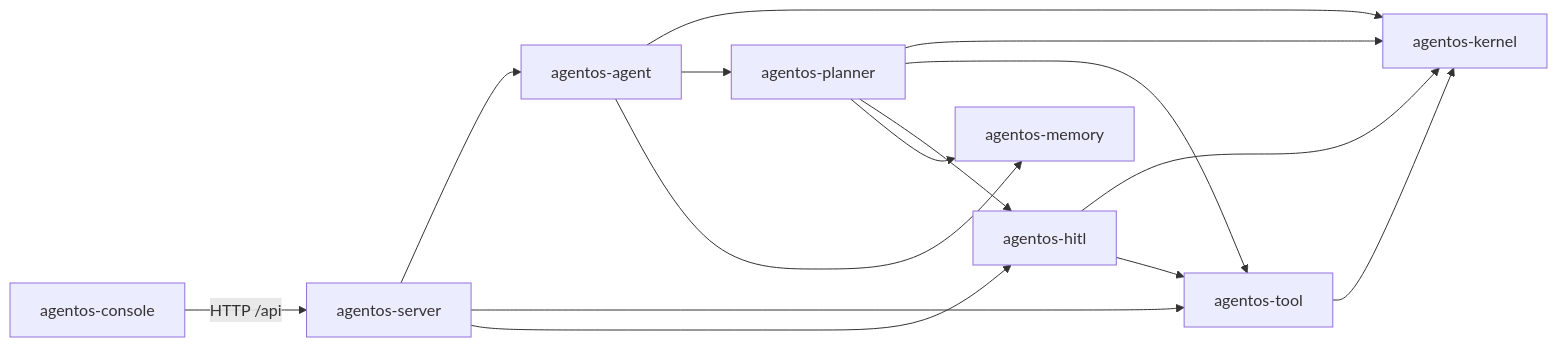
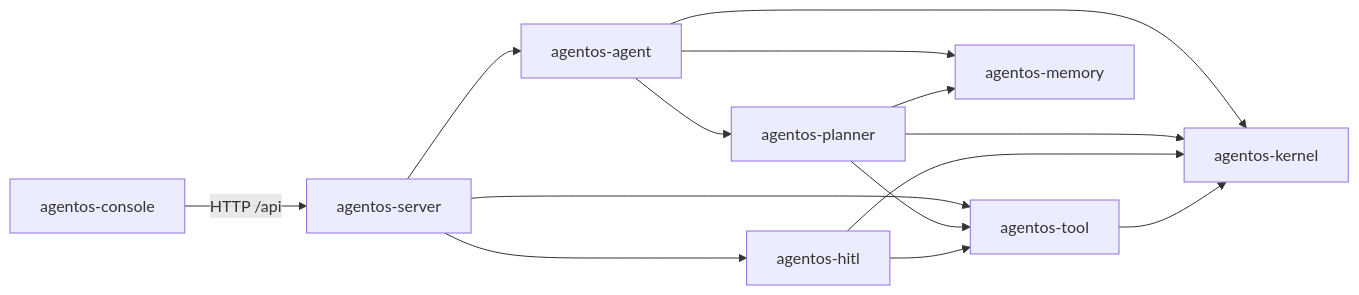
The diagram in ReadMe.md (JavaBoy-Zeng/agent-platform), drawn with Mermaid before and after one commit. The commit also changed other lines of this file and 122 other files, not shown here.

````diff
--- a/ReadMe.md
+++ b/ReadMe.md
@@ -7,17 +7,16 @@
 ```mermaid
 flowchart LR
     console[agentos-console] -->|HTTP /api| server[agentos-server]
     server[agentos-server] --> agent[agentos-agent]
     server --> tool[agentos-tool]
     server --> hitl[agentos-hitl]
     agent --> kernel[agentos-kernel]
     agent --> planner[agentos-planner]
     agent --> memory[agentos-memory]
     planner --> kernel
     planner --> tool
-    planner --> hitl
     planner --> memory
     hitl --> kernel
     hitl --> tool
     tool --> kernel
 ```
````
